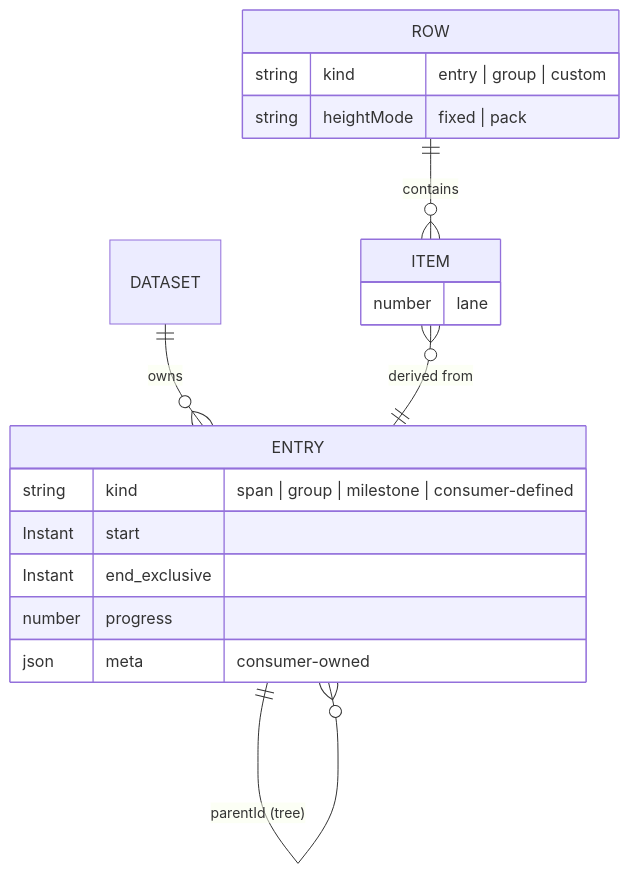
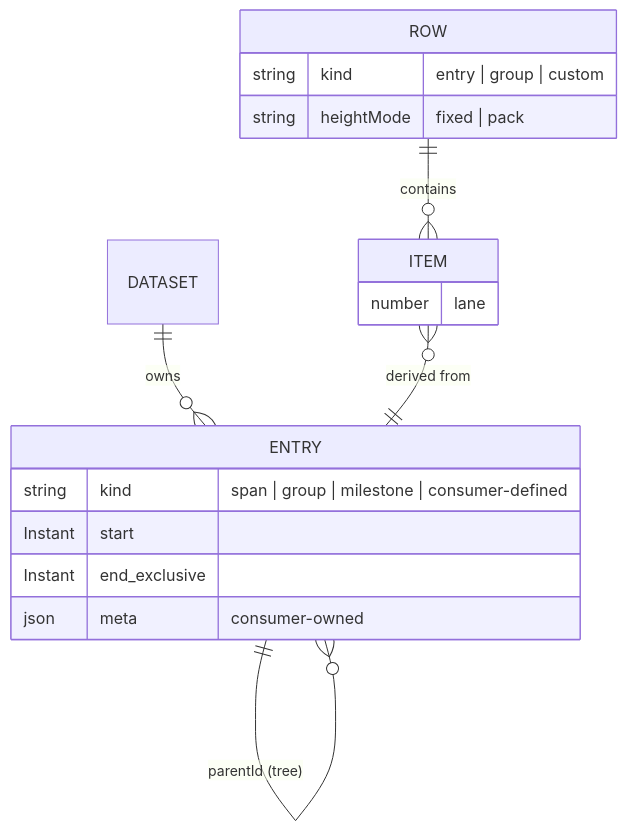
The third of 6 diagrams in plans/01-domain-architecture.md (freegantt/freegantt), drawn with Mermaid before and after one commit. The commit also changed other lines of this file and 30 other files, not shown here.

````diff
--- a/plans/01-domain-architecture.md
+++ b/plans/01-domain-architecture.md
@@ -195,23 +194,22 @@
 ```mermaid
 erDiagram
   DATASET ||--o{ ENTRY : owns
   ENTRY ||--o{ ENTRY : "parentId (tree)"
 
   ROW ||--o{ ITEM : contains
   ITEM }o--|| ENTRY : "derived from"
 
   ENTRY {
     string kind "span | group | milestone | consumer-defined"
     Instant start
     Instant end_exclusive
-    number progress
     json meta "consumer-owned"
   }
   ROW {
     string kind "entry | group | custom"
     string heightMode "fixed | pack"
   }
   ITEM {
     number lane
   }
 ```
````
